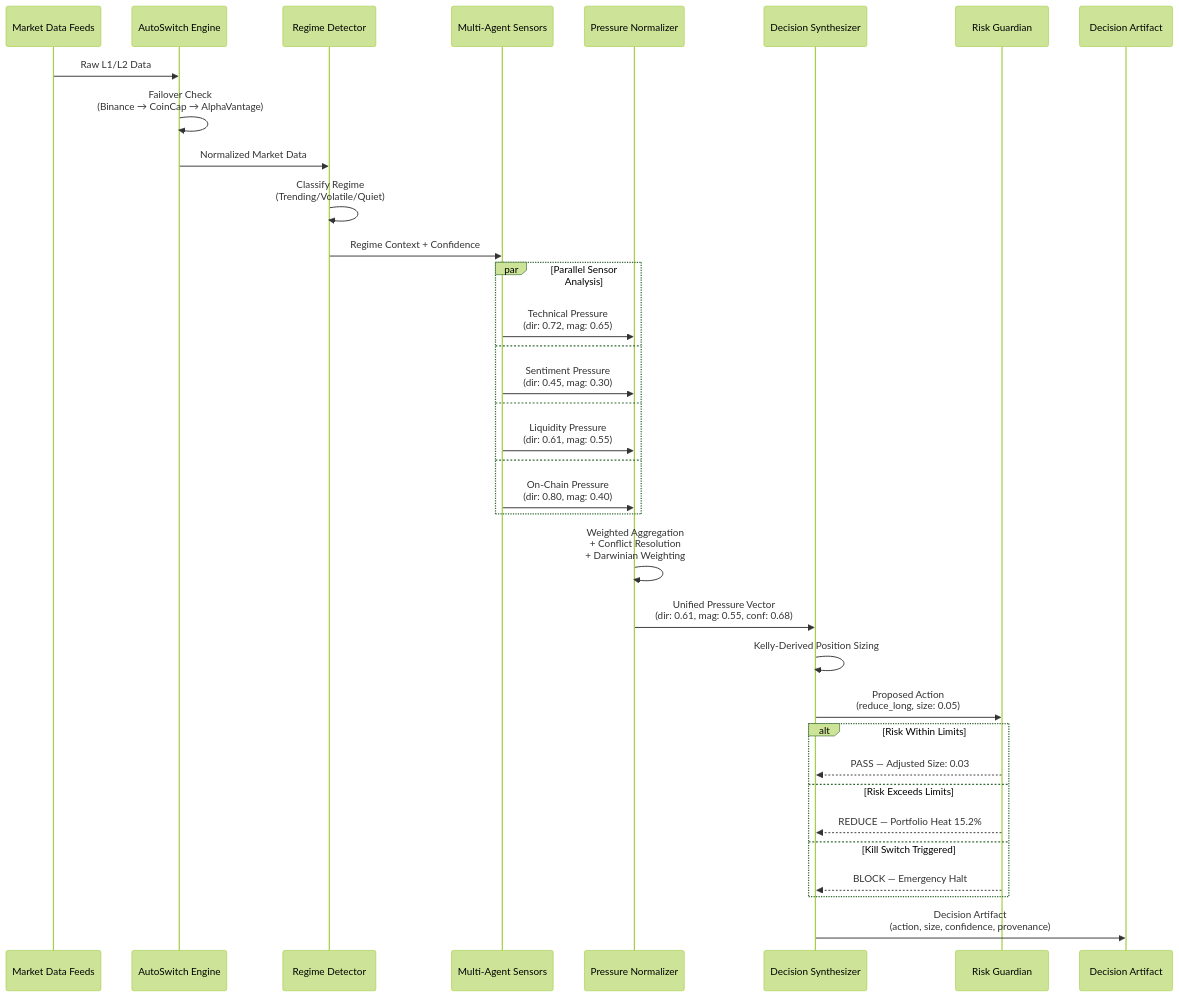
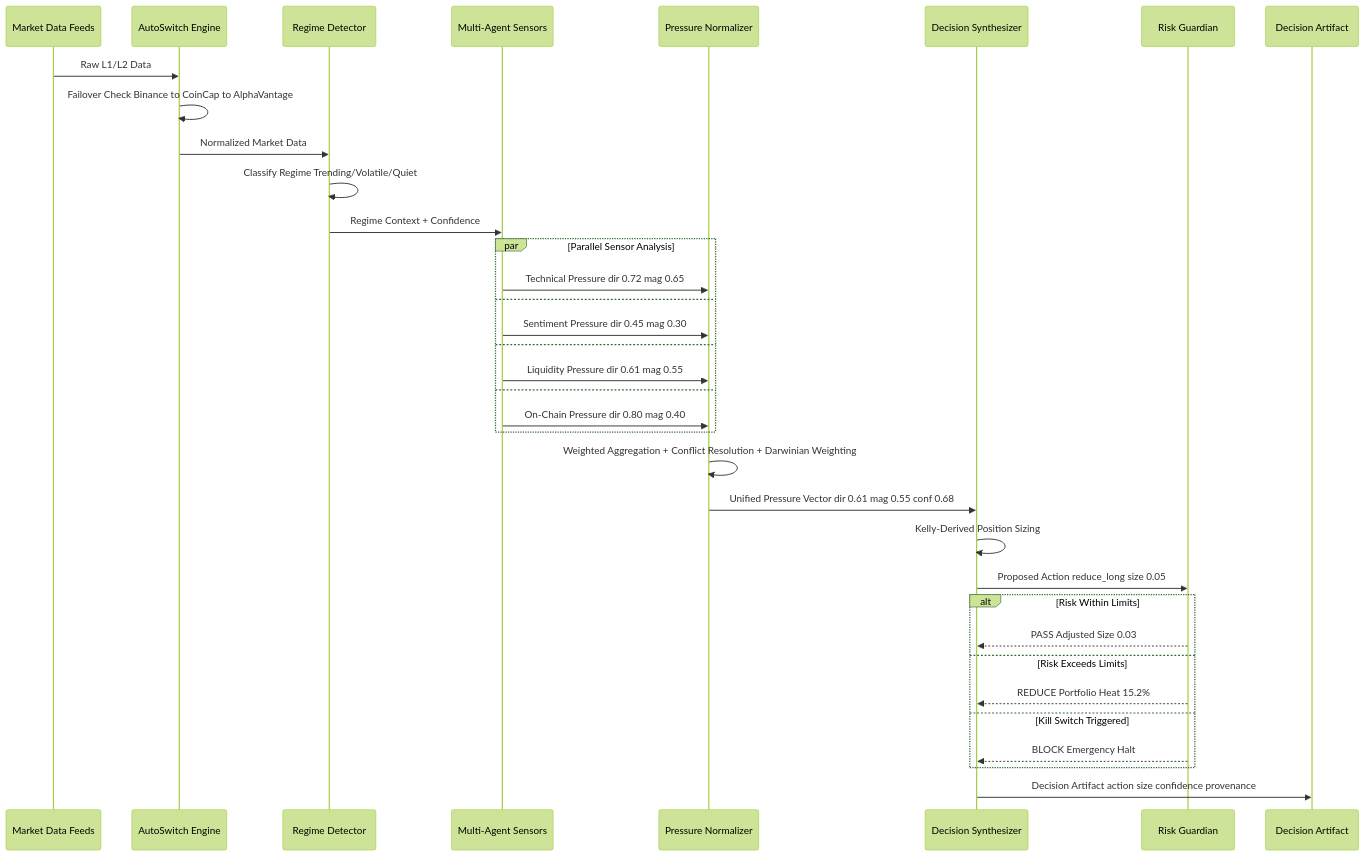
Before and after one commit to mulkymalikuldhrs/Quant-Nanggroe-AI: the third of 5 diagrams in README.md, drawn with Mermaid (forest theme). The commit also changed other lines of this file and 1 other file, not shown here.

Commit message:
🎨 Upgrade: banner image + fixed Mermaid + animations + flow diagrams

````diff
--- a/README.md
+++ b/README.md
@@ -197,44 +193,44 @@
 ```mermaid
 sequenceDiagram
     participant Market as Market Data Feeds
     participant Auto as AutoSwitch Engine
     participant Regime as Regime Detector
     participant Sensors as Multi-Agent Sensors
     participant Normalizer as Pressure Normalizer
     participant Synthesizer as Decision Synthesizer
     participant Guardian as Risk Guardian
     participant Output as Decision Artifact
 
     Market->>Auto: Raw L1/L2 Data
-    Auto->>Auto: Failover Check<br/>(Binance → CoinCap → AlphaVantage)
+    Auto->>Auto: Failover Check Binance to CoinCap to AlphaVantage
     Auto->>Regime: Normalized Market Data
 
-    Regime->>Regime: Classify Regime<br/>(Trending/Volatile/Quiet)
+    Regime->>Regime: Classify Regime Trending/Volatile/Quiet
     Regime->>Sensors: Regime Context + Confidence
 
     par Parallel Sensor Analysis
-        Sensors->>Normalizer: Technical Pressure<br/>(dir: 0.72, mag: 0.65)
+        Sensors->>Normalizer: Technical Pressure dir 0.72 mag 0.65
     and
-        Sensors->>Normalizer: Sentiment Pressure<br/>(dir: 0.45, mag: 0.30)
+        Sensors->>Normalizer: Sentiment Pressure dir 0.45 mag 0.30
     and
-        Sensors->>Normalizer: Liquidity Pressure<br/>(dir: 0.61, mag: 0.55)
+        Sensors->>Normalizer: Liquidity Pressure dir 0.61 mag 0.55
     and
-        Sensors->>Normalizer: On-Chain Pressure<br/>(dir: 0.80, mag: 0.40)
+        Sensors->>Normalizer: On-Chain Pressure dir 0.80 mag 0.40
     end
 
-    Normalizer->>Normalizer: Weighted Aggregation<br/>+ Conflict Resolution<br/>+ Darwinian Weighting
-    Normalizer->>Synthesizer: Unified Pressure Vector<br/>(dir: 0.61, mag: 0.55, conf: 0.68)
+    Normalizer->>Normalizer: Weighted Aggregation + Conflict Resolution + Darwinian Weighting
+    Normalizer->>Synthesizer: Unified Pressure Vector dir 0.61 mag 0.55 conf 0.68
 
     Synthesizer->>Synthesizer: Kelly-Derived Position Sizing
-    Synthesizer->>Guardian: Proposed Action<br/>(reduce_long, size: 0.05)
+    Synthesizer->>Guardian: Proposed Action reduce_long size 0.05
 
     alt Risk Within Limits
-        Guardian-->>Synthesizer: PASS — Adjusted Size: 0.03
+        Guardian-->>Synthesizer: PASS Adjusted Size 0.03
     else Risk Exceeds Limits
-        Guardian-->>Synthesizer: REDUCE — Portfolio Heat 15.2%
+        Guardian-->>Synthesizer: REDUCE Portfolio Heat 15.2%
     else Kill Switch Triggered
-        Guardian-->>Synthesizer: BLOCK — Emergency Halt
+        Guardian-->>Synthesizer: BLOCK Emergency Halt
     end
 
-    Synthesizer->>Output: Decision Artifact<br/>(action, size, confidence, provenance)
+    Synthesizer->>Output: Decision Artifact action size confidence provenance
 ```
````
